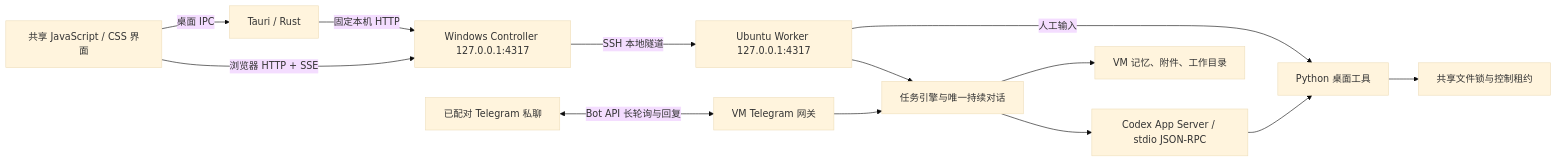
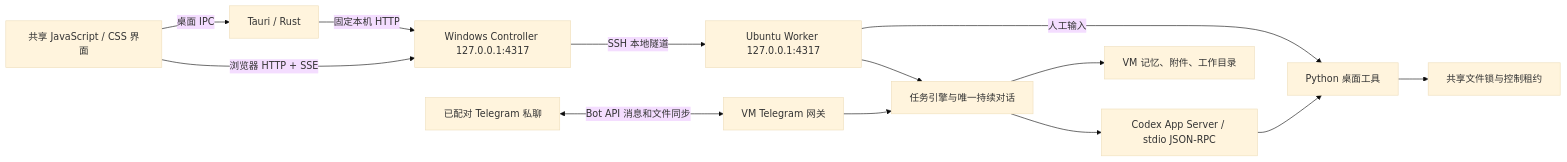
The first of 3 diagrams in docs/zh-CN/architecture.md (Stephen-Sim/dant), drawn with Mermaid (base theme) before and after one commit. The commit also changed other lines of this file and 144 other files, not shown here.

````diff
--- a/docs/zh-CN/architecture.md
+++ b/docs/zh-CN/architecture.md
@@ -7,15 +7,15 @@
 ```mermaid
 flowchart LR
   UI[共享 JavaScript / CSS 界面] -->|浏览器 HTTP + SSE| Controller
   UI -->|桌面 IPC| Rust[Tauri / Rust]
   Rust -->|固定本机 HTTP| Controller[Windows Controller 127.0.0.1:4317]
   Controller -->|SSH 本地隧道| Worker[Ubuntu Worker 127.0.0.1:4317]
   Worker --> Engine[任务引擎与唯一持续对话]
-  Telegram[已配对 Telegram 私聊] <-->|Bot API 长轮询与回复| Gateway[VM Telegram 网关]
+  Telegram[已配对 Telegram 私聊] <-->|Bot API 消息和文件同步| Gateway[VM Telegram 网关]
   Gateway --> Engine
   Engine --> Codex[Codex App Server / stdio JSON-RPC]
   Engine --> Files[VM 记忆、附件、工作目录]
   Codex --> Desktop[Python 桌面工具]
   Worker -->|人工输入| Desktop
   Desktop --> Lock[共享文件锁与控制租约]
 ```
````
